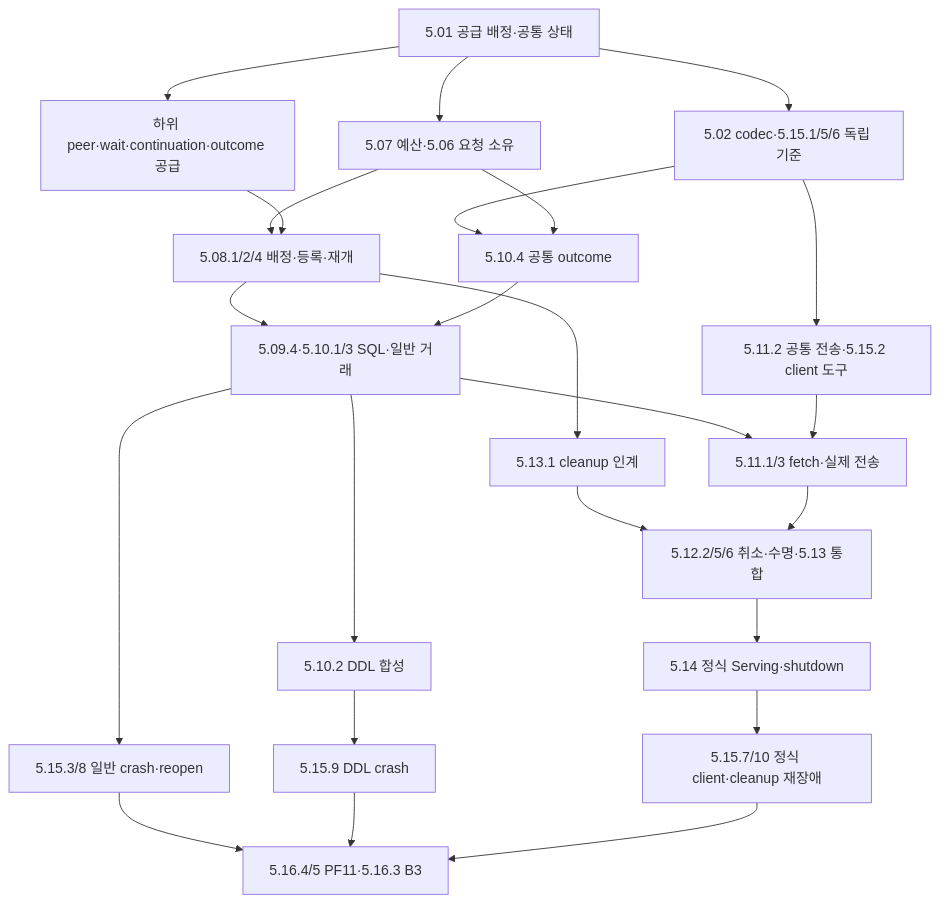
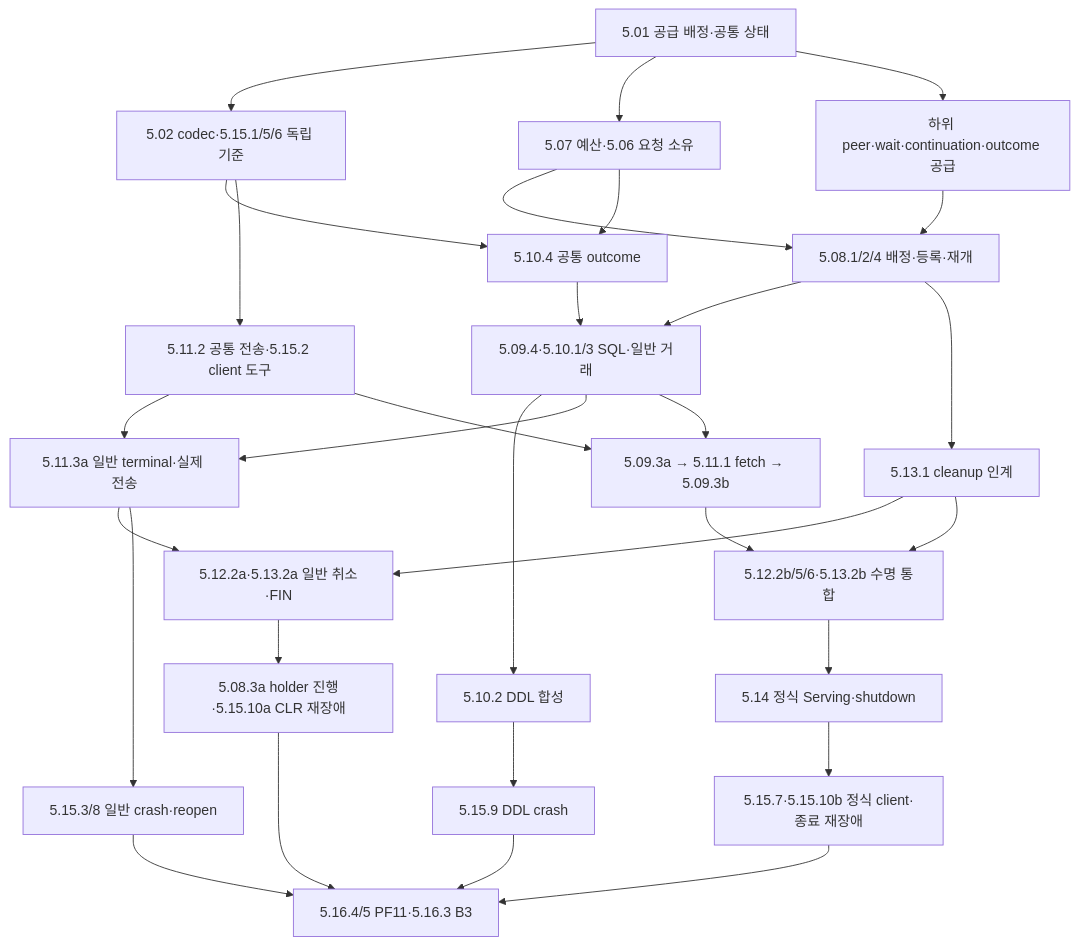
The diagram in devdoc/plans/dev5-work-breakdown.md (et16kr/xadb), drawn with Mermaid before and after one commit. The commit also changed other lines of this file and 8 other files, not shown here.

````diff
--- a/devdoc/plans/dev5-work-breakdown.md
+++ b/devdoc/plans/dev5-work-breakdown.md
@@ -233,26 +260,32 @@
 ```mermaid
 flowchart TD
   A[5.01 공급 배정·공통 상태] --> B[5.02 codec·5.15.1/5/6 독립 기준]
   A --> R[5.07 예산·5.06 요청 소유]
   A --> S[하위 peer·wait·continuation·outcome 공급]
   R --> W[5.08.1/2/4 배정·등록·재개]
   S --> W
   B --> O[5.10.4 공통 outcome]
   R --> O
   B --> P[5.11.2 공통 전송·5.15.2 client 도구]
   W --> Q[5.09.4·5.10.1/3 SQL·일반 거래]
   O --> Q
   W --> C[5.13.1 cleanup 인계]
   Q --> D[5.10.2 DDL 합성]
-  Q --> F[5.11.1/3 fetch·실제 전송]
-  C --> T[5.12.2/5/6 취소·수명·5.13 통합]
+  Q --> G[5.11.3a 일반 terminal·실제 전송]
+  Q --> F[5.09.3a → 5.11.1 fetch → 5.09.3b]
+  C --> U[5.12.2a·5.13.2a 일반 취소·FIN]
+  G --> U
+  U --> H[5.08.3a holder 진행·5.15.10a CLR 재장애]
+  C --> T[5.12.2b/5/6·5.13.2b 수명 통합]
   F --> T
+  P --> G
   P --> F
-  Q --> V[5.15.3/8 일반 crash·reopen]
+  G --> V[5.15.3/8 일반 crash·reopen]
   D --> V2[5.15.9 DDL crash]
   T --> L[5.14 정식 Serving·shutdown]
-  L --> V3[5.15.7/10 정식 client·cleanup 재장애]
+  L --> V3[5.15.7·5.15.10b 정식 client·종료 재장애]
+  H --> Z
   V --> Z[5.16.4/5 PF11·5.16.3 B3]
   V2 --> Z
   V3 --> Z
 ```
````
